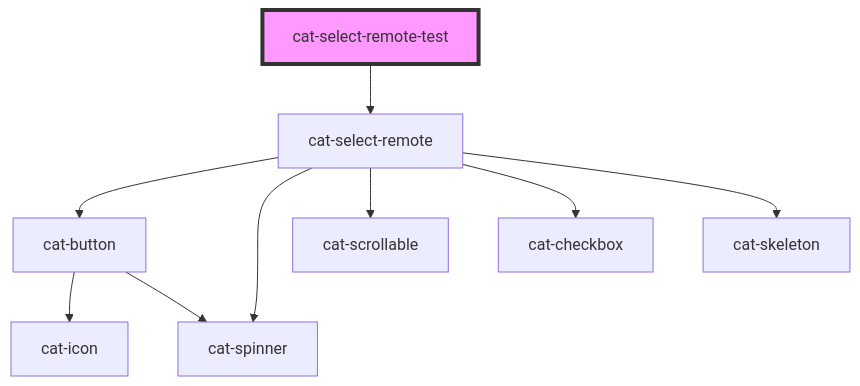
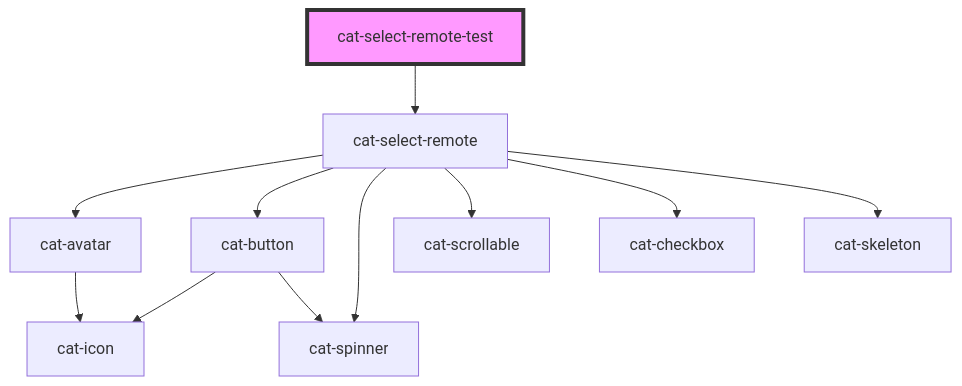
The diagram in core/src/components/cat-select-remote-test/readme.md (haiilo/catalyst), drawn with Mermaid before and after one commit. The commit also changed 5 other files, not shown here.

Commit message:
feat(core): add avatar in single select

````diff
--- a/core/src/components/cat-select-remote-test/readme.md
+++ b/core/src/components/cat-select-remote-test/readme.md
@@ -15,12 +15,14 @@
 ```mermaid
 graph TD;
   cat-select-remote-test --> cat-select-remote
+  cat-select-remote --> cat-avatar
   cat-select-remote --> cat-button
   cat-select-remote --> cat-spinner
   cat-select-remote --> cat-scrollable
   cat-select-remote --> cat-checkbox
   cat-select-remote --> cat-skeleton
+  cat-avatar --> cat-icon
   cat-button --> cat-icon
   cat-button --> cat-spinner
   style cat-select-remote-test fill:#f9f,stroke:#333,stroke-width:4px
 ```
````
